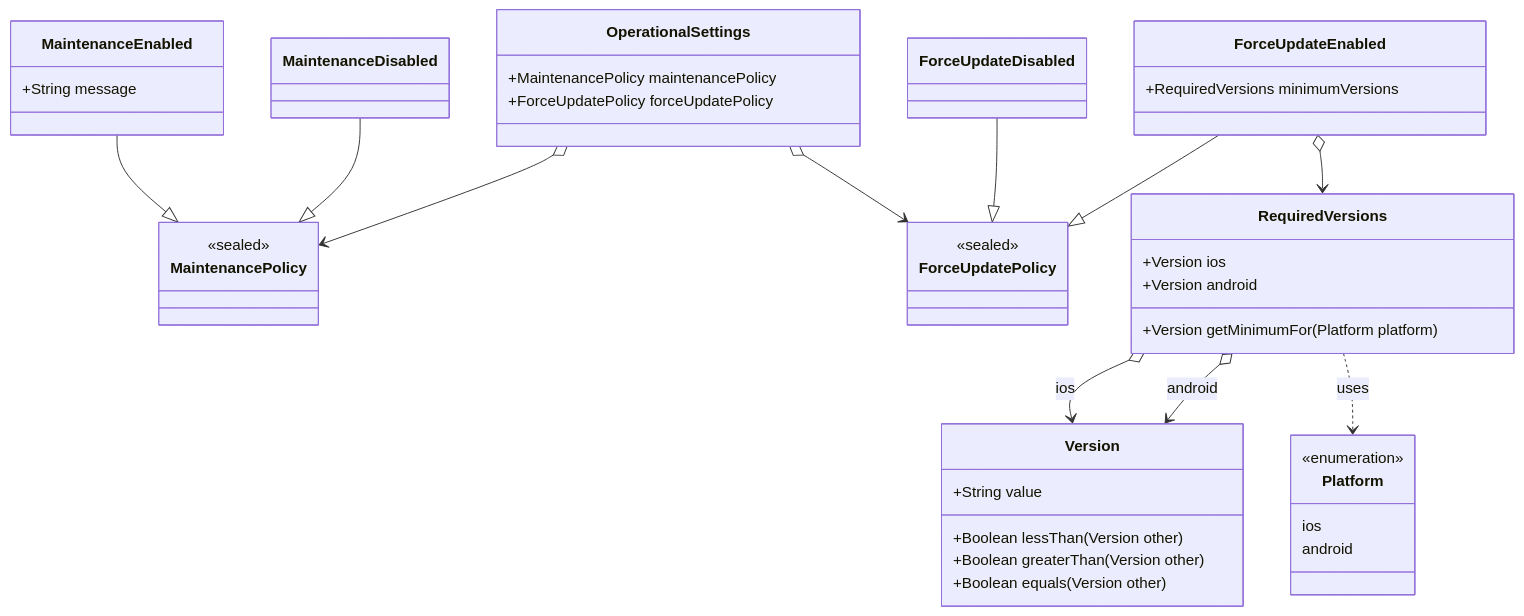
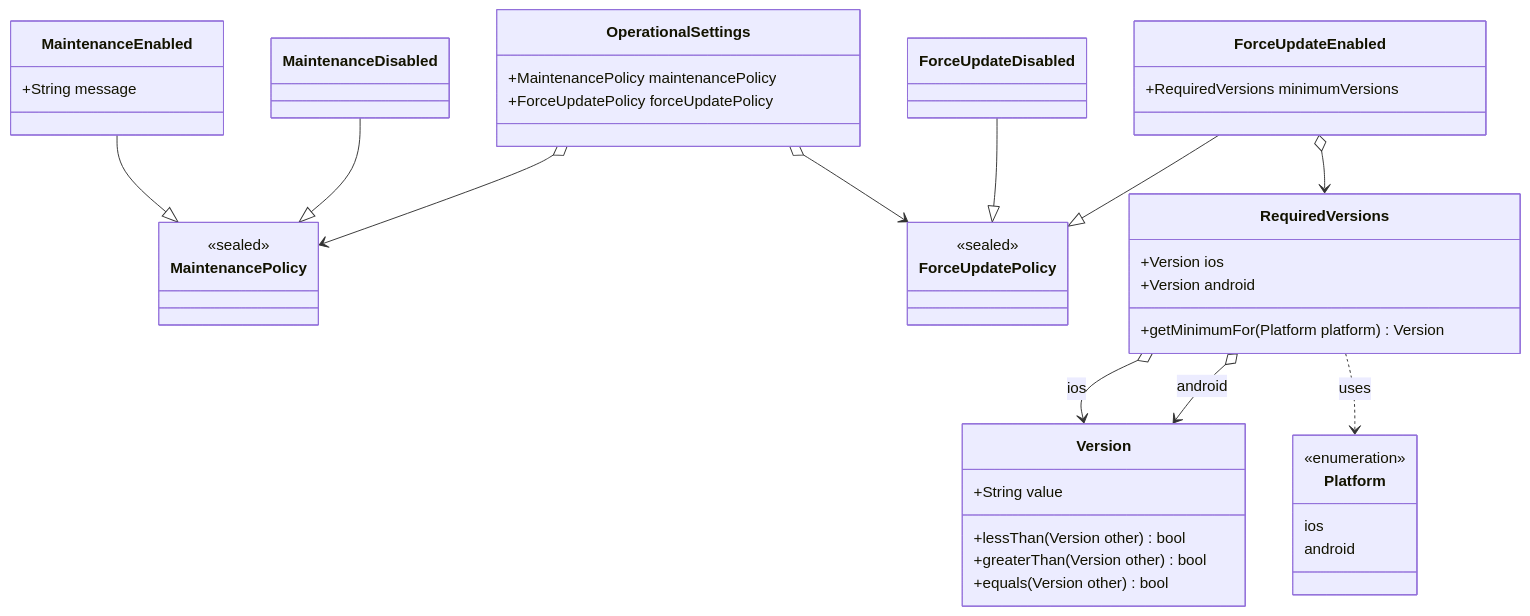
Before and after one commit to yumemi-inc/flutter-mobile-project-template: the first of 2 diagrams in docs/MODELING.md, drawn with Mermaid.

Commit message:
fix: Return Type の記述を修正

````diff
--- a/docs/MODELING.md
+++ b/docs/MODELING.md
@@ -64,62 +64,62 @@
 ```mermaid
 classDiagram
     direction TB
 
     %% --- Core Settings Container ---
     class OperationalSettings {
         +MaintenancePolicy maintenancePolicy
         +ForceUpdatePolicy forceUpdatePolicy
     }
 
     %% --- Maintenance Policy/State ---
     class MaintenancePolicy {
         <<sealed>>
     }
     class MaintenanceEnabled {
         +String message
     }
     class MaintenanceDisabled {
     }
     MaintenanceEnabled --|> MaintenancePolicy
     MaintenanceDisabled --|> MaintenancePolicy
 
     %% --- Force Update Policy ---
     class ForceUpdatePolicy {
         <<sealed>>
     }
     class ForceUpdateEnabled {
         +RequiredVersions minimumVersions
     }
     class ForceUpdateDisabled {
     }
     ForceUpdateEnabled --|> ForceUpdatePolicy
     ForceUpdateDisabled --|> ForceUpdatePolicy
 
     %% --- Force Update Details ---
     class RequiredVersions {
         +Version ios
         +Version android
-        +Version getMinimumFor(Platform platform)
+        +getMinimumFor(Platform platform) Version
     }
 
     %% --- Value Objects & Enums ---
     class Version {
         +String value
-        +Boolean lessThan(Version other)
-        +Boolean greaterThan(Version other)
-        +Boolean equals(Version other)
+        +lessThan(Version other) bool
+        +greaterThan(Version other) bool
+        +equals(Version other) bool
     }
     class Platform {
         <<enumeration>>
         ios
         android
     }
 
     %% --- Relationships ---
     OperationalSettings o--> MaintenancePolicy
     OperationalSettings o--> ForceUpdatePolicy
     ForceUpdateEnabled o--> RequiredVersions
     RequiredVersions o--> Version : ios
     RequiredVersions o--> Version : android
     RequiredVersions ..> Platform : uses
 ```
````
